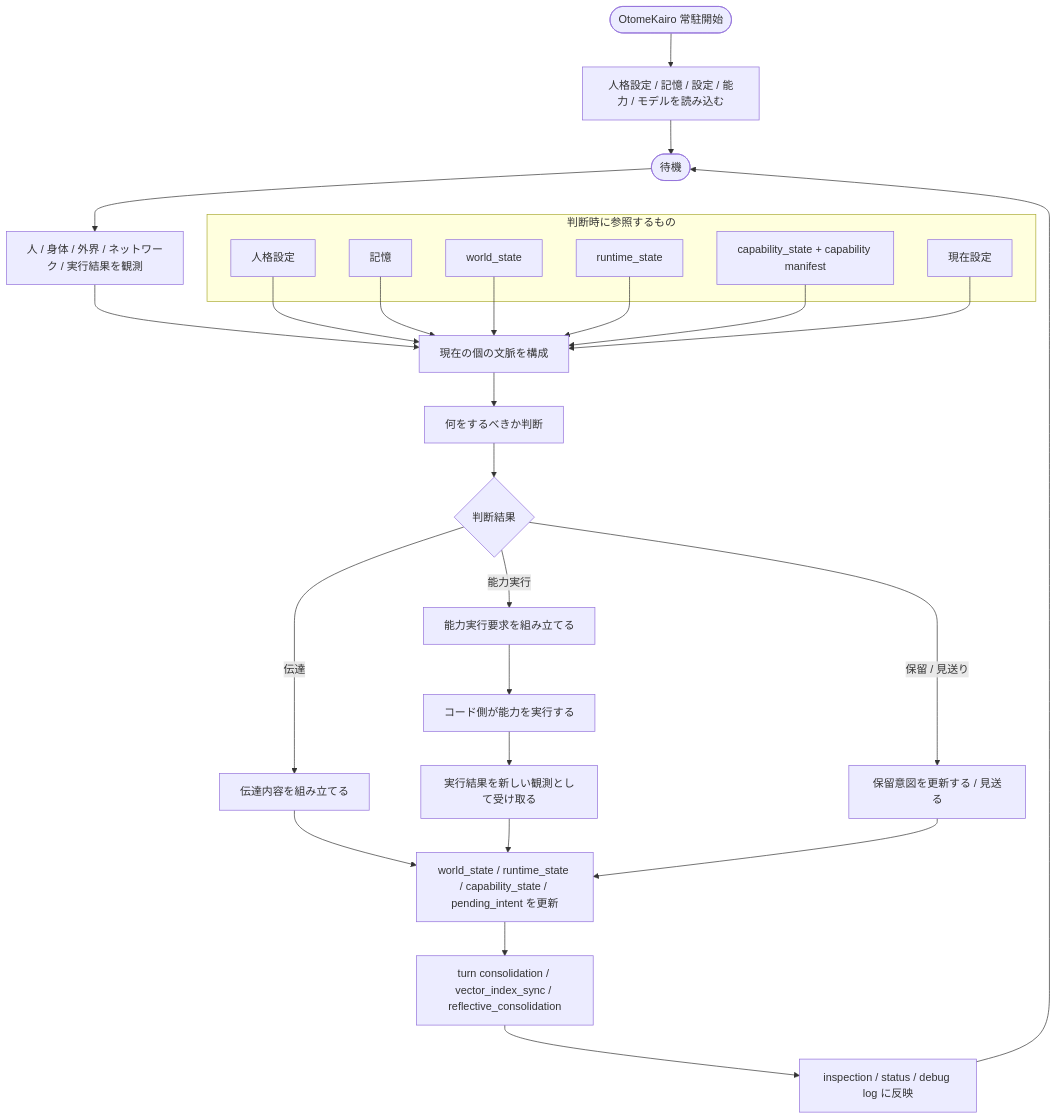
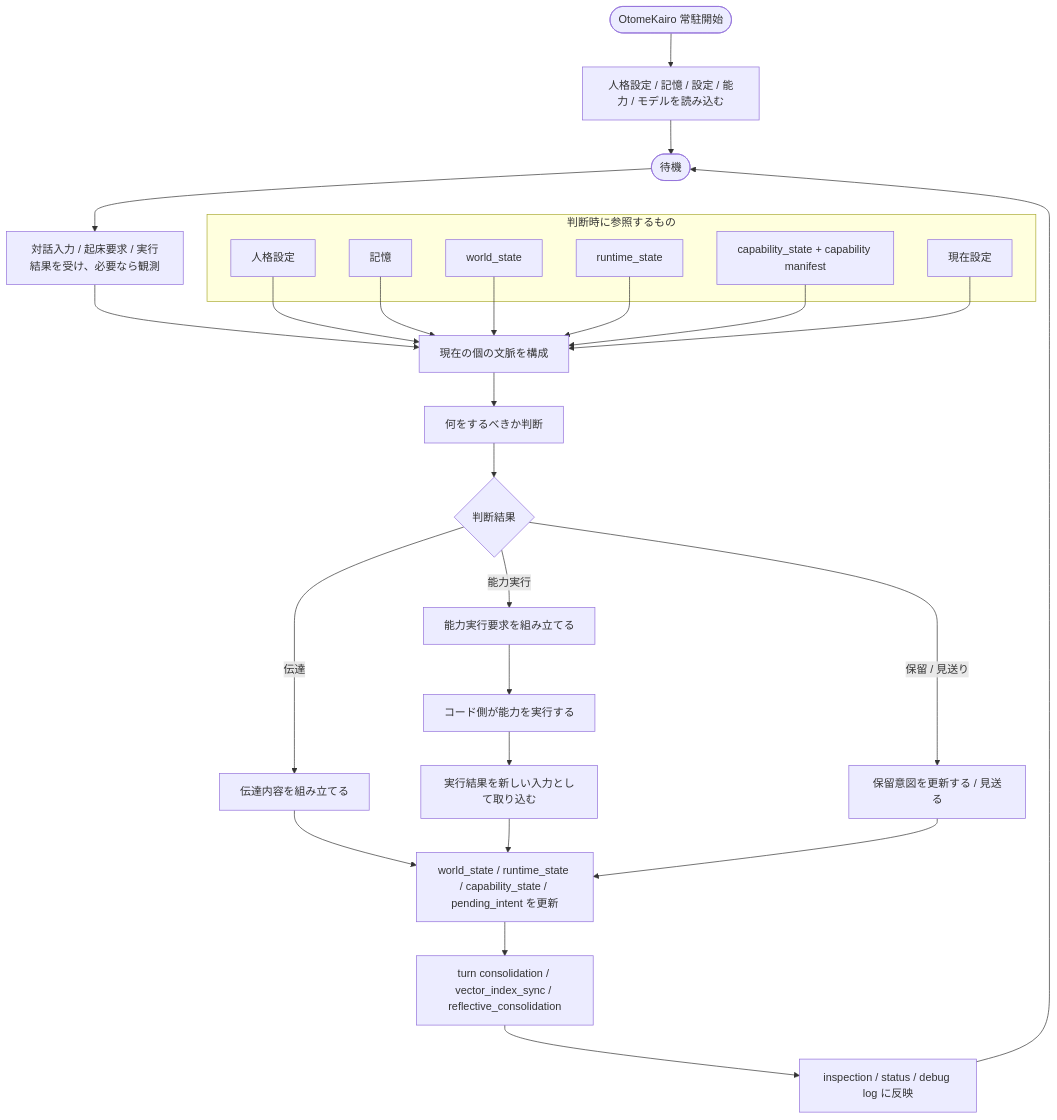
One commit to hirona98/OtomeKairo changed the first of 4 diagrams in docs/plan/02_現行処理フロー.md. Above: the diagram before and after it, drawn with Mermaid. The commit also changed other lines of this file and 36 other files, not shown here.

````diff
--- a/docs/plan/02_現行処理フロー.md
+++ b/docs/plan/02_現行処理フロー.md
@@ -36,53 +36,53 @@
 ```mermaid
 flowchart TD
     Start([OtomeKairo 常駐開始])
     Load["人格設定 / 記憶 / 設定 / 能力 / モデルを読み込む"]
     Wait([待機])
 
-    Observe["人 / 身体 / 外界 / ネットワーク / 実行結果を観測"]
+    Observe["対話入力 / 起床要求 / 実行結果を受け、必要なら観測"]
     Build["現在の個の文脈を構成"]
     Decide["何をするべきか判断"]
     Branch{"判断結果"}
 
     Communicate["伝達内容を組み立てる"]
     Plan["能力実行要求を組み立てる"]
     Hold["保留意図を更新する / 見送る"]
     Execute["コード側が能力を実行する"]
-    ObserveResult["実行結果を新しい観測として受け取る"]
+    ObserveResult["実行結果を新しい入力として取り込む"]
     UpdateState["world_state / runtime_state / capability_state / pending_intent を更新"]
     UpdateMemory["turn consolidation / vector_index_sync / reflective_consolidation"]
     Inspect["inspection / status / debug log に反映"]
 
     subgraph Ref["判断時に参照するもの"]
         Persona["人格設定"]
         Memory["記憶"]
         World["world_state"]
         Runtime["runtime_state"]
         Capability["capability_state + capability manifest"]
         Settings["現在設定"]
     end
 
     Start --> Load
     Load --> Wait
     Wait --> Observe
     Observe --> Build
     Persona --> Build
     Memory --> Build
     World --> Build
     Runtime --> Build
     Capability --> Build
     Settings --> Build
     Build --> Decide
     Decide --> Branch
     Branch -->|伝達| Communicate
     Branch -->|能力実行| Plan
     Branch -->|保留 / 見送り| Hold
     Communicate --> UpdateState
     Plan --> Execute
     Execute --> ObserveResult
     ObserveResult --> UpdateState
     Hold --> UpdateState
     UpdateState --> UpdateMemory
     UpdateMemory --> Inspect
     Inspect --> Wait
 ```
````
